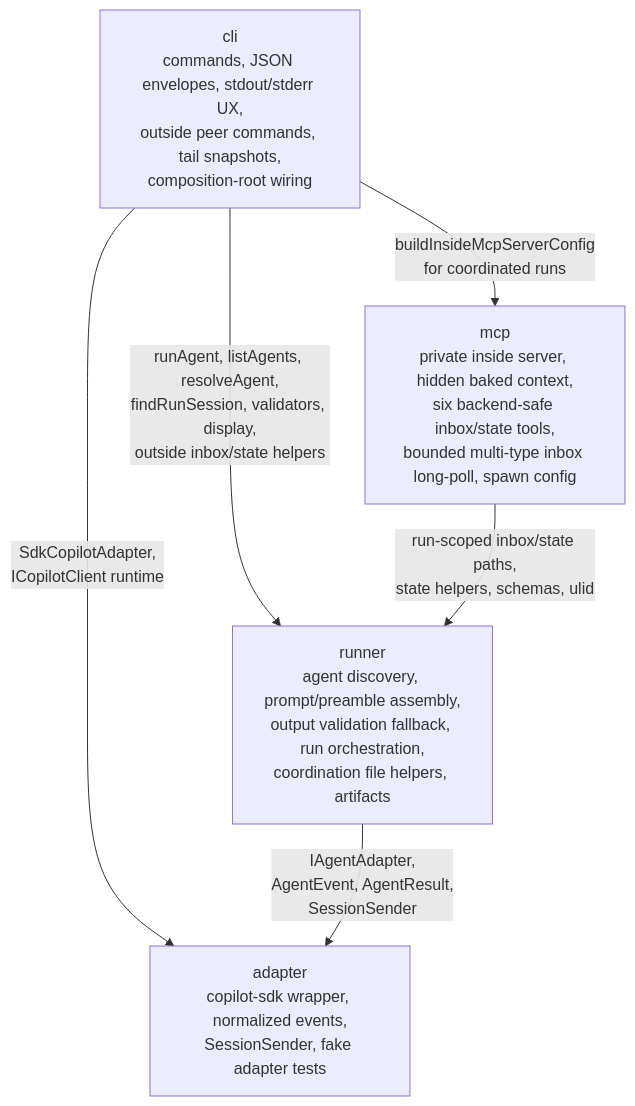
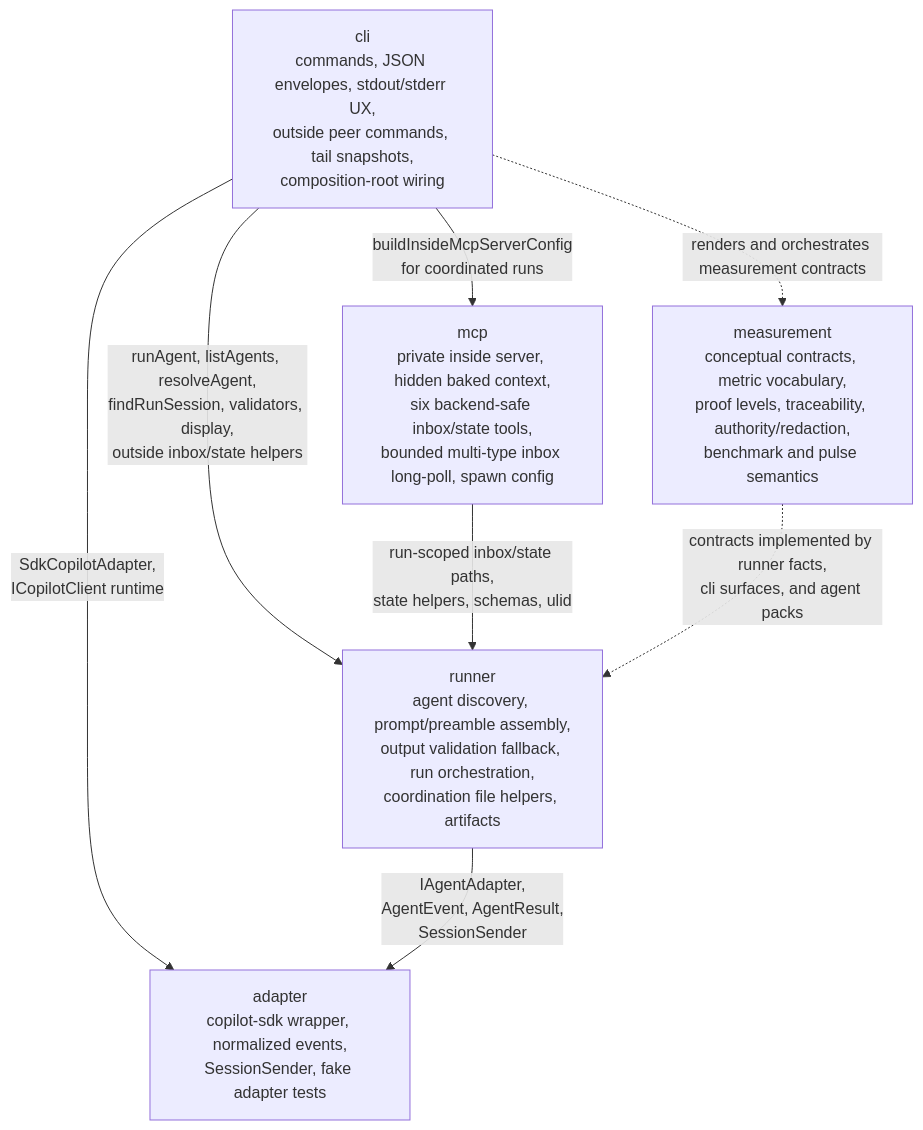
Before and after one commit to AI-Substrate/minih: the diagram in docs/domains/domain-map.md, drawn with Mermaid. The commit also changed other lines of this file and 45 other files, not shown here.

First line of the commit message:
fix(companion): ship missing schemas in code-review-companion@0.2.0 install (closes #30) (#33)

````diff
--- a/docs/domains/domain-map.md
+++ b/docs/domains/domain-map.md
@@ -3,13 +3,16 @@
 ```mermaid
 flowchart TD
     cli["cli<br/>commands, JSON envelopes, stdout/stderr UX,<br/>outside peer commands, tail snapshots,<br/>composition-root wiring"]
     runner["runner<br/>agent discovery, prompt/preamble assembly,<br/>output validation fallback, run orchestration,<br/>coordination file helpers, artifacts"]
     mcp["mcp<br/>private inside server, hidden baked context,<br/>six backend-safe inbox/state tools,<br/>bounded multi-type inbox long-poll, spawn config"]
     adapter["adapter<br/>copilot-sdk wrapper, normalized events,<br/>SessionSender, fake adapter tests"]
+    measurement["measurement<br/>conceptual contracts, metric vocabulary,<br/>proof levels, traceability, authority/redaction,<br/>benchmark and pulse semantics"]
 
     cli -- "runAgent, listAgents, resolveAgent,<br/>findRunSession, validators, display,<br/>outside inbox/state helpers" --> runner
     cli -- "buildInsideMcpServerConfig<br/>for coordinated runs" --> mcp
     cli -- "SdkCopilotAdapter,<br/>ICopilotClient runtime" --> adapter
     mcp -- "run-scoped inbox/state paths,<br/>state helpers, schemas, ulid" --> runner
     runner -- "IAgentAdapter,<br/>AgentEvent, AgentResult,<br/>SessionSender" --> adapter
+    measurement -. "contracts implemented by runner facts,<br/>cli surfaces, and agent packs" .-> runner
+    cli -. "renders and orchestrates measurement contracts" .-> measurement
 ```
````
